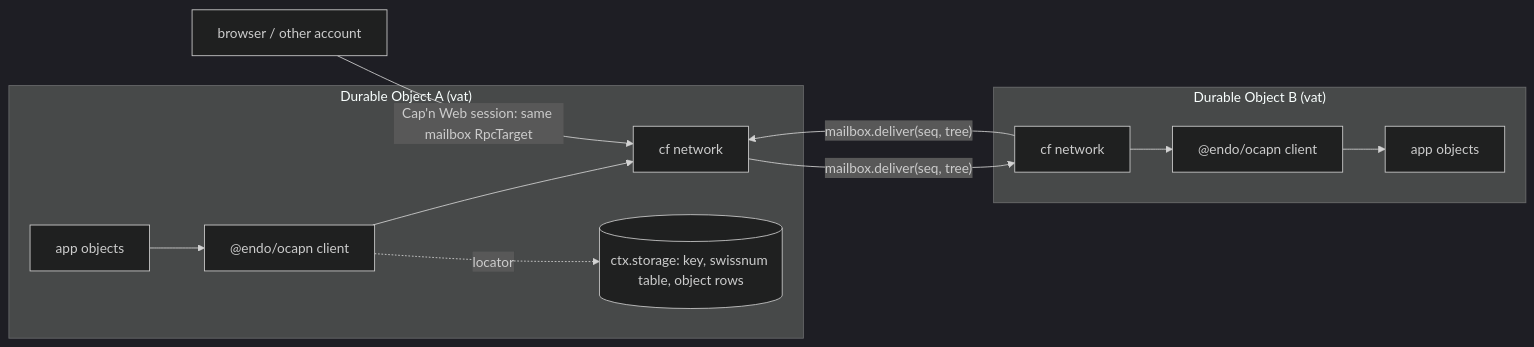
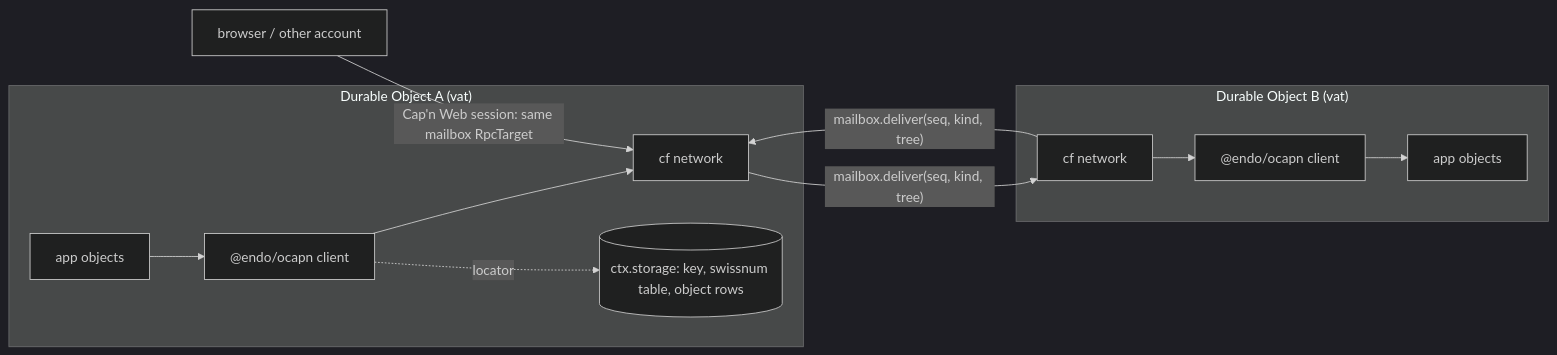
Before and after one commit to endojs/endo-but-for-bots: the first of 3 diagrams in designs/ocapn-cloudflare-netlayer.md, drawn with Mermaid (dark theme). The commit also changed other lines of this file, not shown here.

````diff
--- a/designs/ocapn-cloudflare-netlayer.md
+++ b/designs/ocapn-cloudflare-netlayer.md
@@ -83,16 +104,16 @@
 ```mermaid
 flowchart LR
     subgraph DOA["Durable Object A (vat)"]
         appA[app objects] --> ocapnA["@endo/ocapn client"]
         ocapnA --> netA["cf network"]
         storeA[("ctx.storage: key, swissnum table, object rows")]
         ocapnA -.locator.-> storeA
     end
     subgraph DOB["Durable Object B (vat)"]
         netB["cf network"] --> ocapnB["@endo/ocapn client"]
         ocapnB --> appB[app objects]
     end
-    netA -- "mailbox.deliver(seq, tree)" --> netB
-    netB -- "mailbox.deliver(seq, tree)" --> netA
+    netA -- "mailbox.deliver(seq, kind, tree)" --> netB
+    netB -- "mailbox.deliver(seq, kind, tree)" --> netA
     browser["browser / other account"] -- "Cap'n Web session: same mailbox RpcTarget" --> netA
 ```
````
